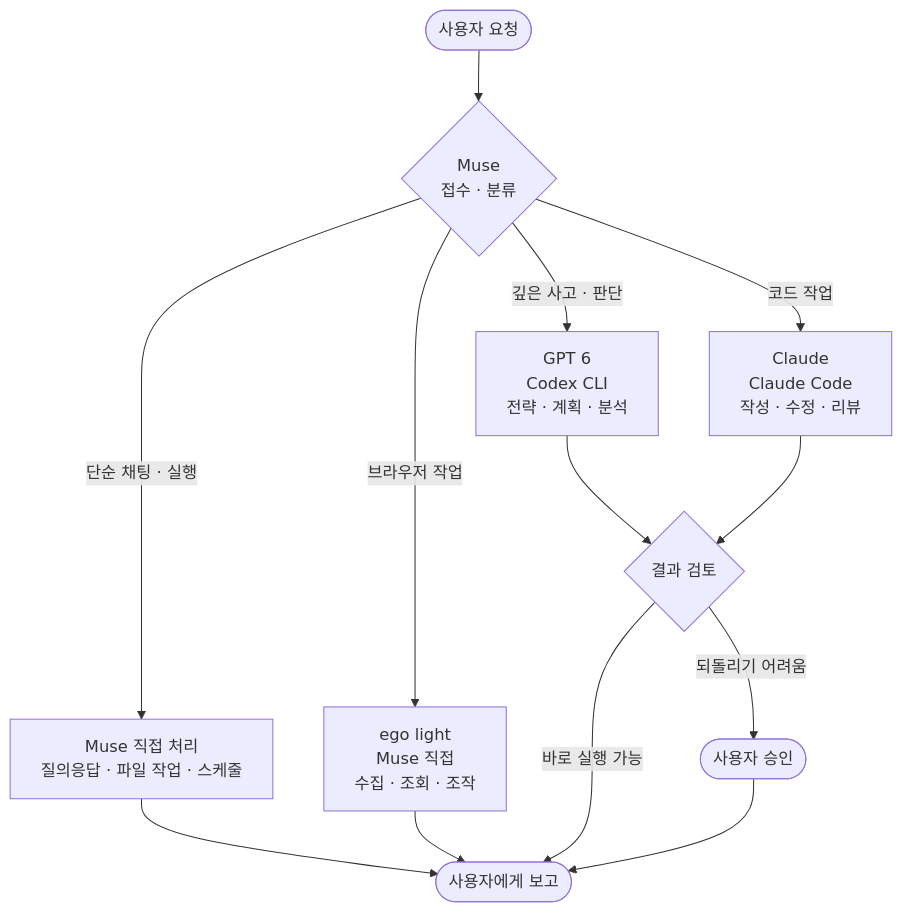
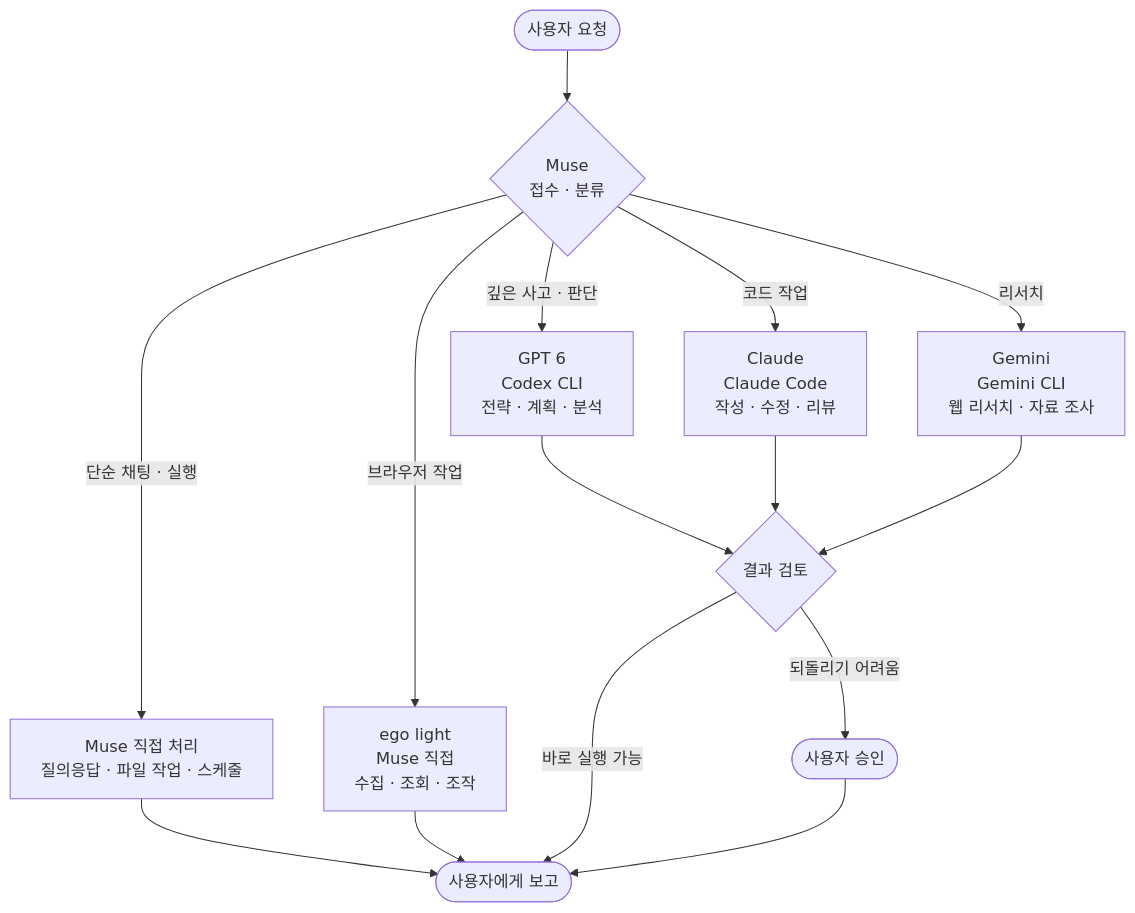
One commit to groundroot/muse-orchestration changed the first of 2 diagrams in ORCHESTRATION.md. Above: the diagram before and after it, drawn with Mermaid. The commit also changed other lines of this file and 1 other file, not shown here.

Commit message:
Gemini 리서치 역할 추가

````diff
--- a/ORCHESTRATION.md
+++ b/ORCHESTRATION.md
@@ -142,18 +153,20 @@
 ```mermaid
 flowchart TD
     User([사용자 요청]) --> Muse{Muse<br/>접수 · 분류}
 
     Muse -->|단순 채팅 · 실행| Direct[Muse 직접 처리<br/>질의응답 · 파일 작업 · 스케줄]
     Muse -->|깊은 사고 · 판단| GPT[GPT 6<br/>Codex CLI<br/>전략 · 계획 · 분석]
     Muse -->|코드 작업| Claude[Claude<br/>Claude Code<br/>작성 · 수정 · 리뷰]
+    Muse -->|리서치| Gemini[Gemini<br/>Gemini CLI<br/>웹 리서치 · 자료 조사]
     Muse -->|브라우저 작업| Ego[ego light<br/>Muse 직접<br/>수집 · 조회 · 조작]
 
     GPT --> Review{결과 검토}
     Claude --> Review
+    Gemini --> Review
     Direct --> Done([사용자에게 보고])
     Ego --> Done
 
     Review -->|되돌리기 어려움| Approve([사용자 승인])
     Review -->|바로 실행 가능| Done
     Approve --> Done
 ```
````
